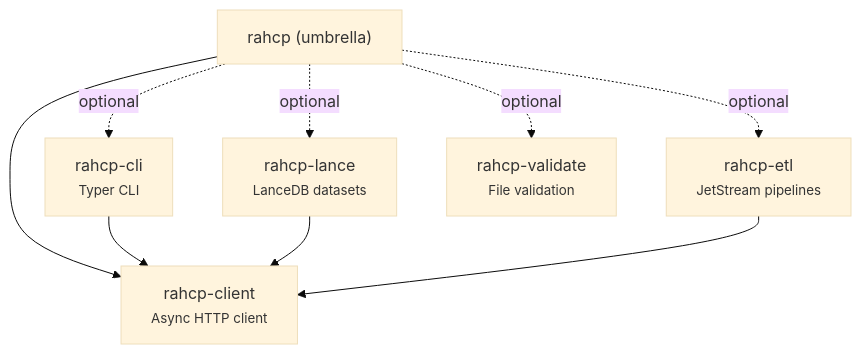
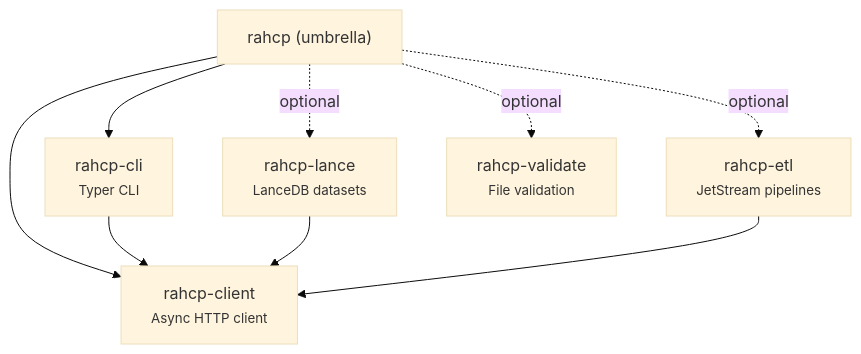
Before and after one commit to AI-Riksarkivet/ra-hcp: the first of 7 diagrams in docs/sdk/index.md, drawn with Mermaid (base theme).

Commit message:
docs(sdk): fix diagram — CLI is default, not optional

````diff
--- a/docs/sdk/index.md
+++ b/docs/sdk/index.md
@@ -5,18 +5,18 @@
 ```mermaid
 graph TD
     ROOT["rahcp (umbrella)"]
     CLIENT["rahcp-client<br/><small>Async HTTP client</small>"]
     CLI["rahcp-cli<br/><small>Typer CLI</small>"]
     LANCE["rahcp-lance<br/><small>LanceDB datasets</small>"]
     ETL["rahcp-etl<br/><small>JetStream pipelines</small>"]
     VAL["rahcp-validate<br/><small>File validation</small>"]
 
     ROOT --> CLIENT
-    ROOT -.->|optional| CLI
+    ROOT --> CLI
     ROOT -.->|optional| LANCE
     ROOT -.->|optional| ETL
     ROOT -.->|optional| VAL
     CLI --> CLIENT
     LANCE --> CLIENT
     ETL --> CLIENT
 ```
````
